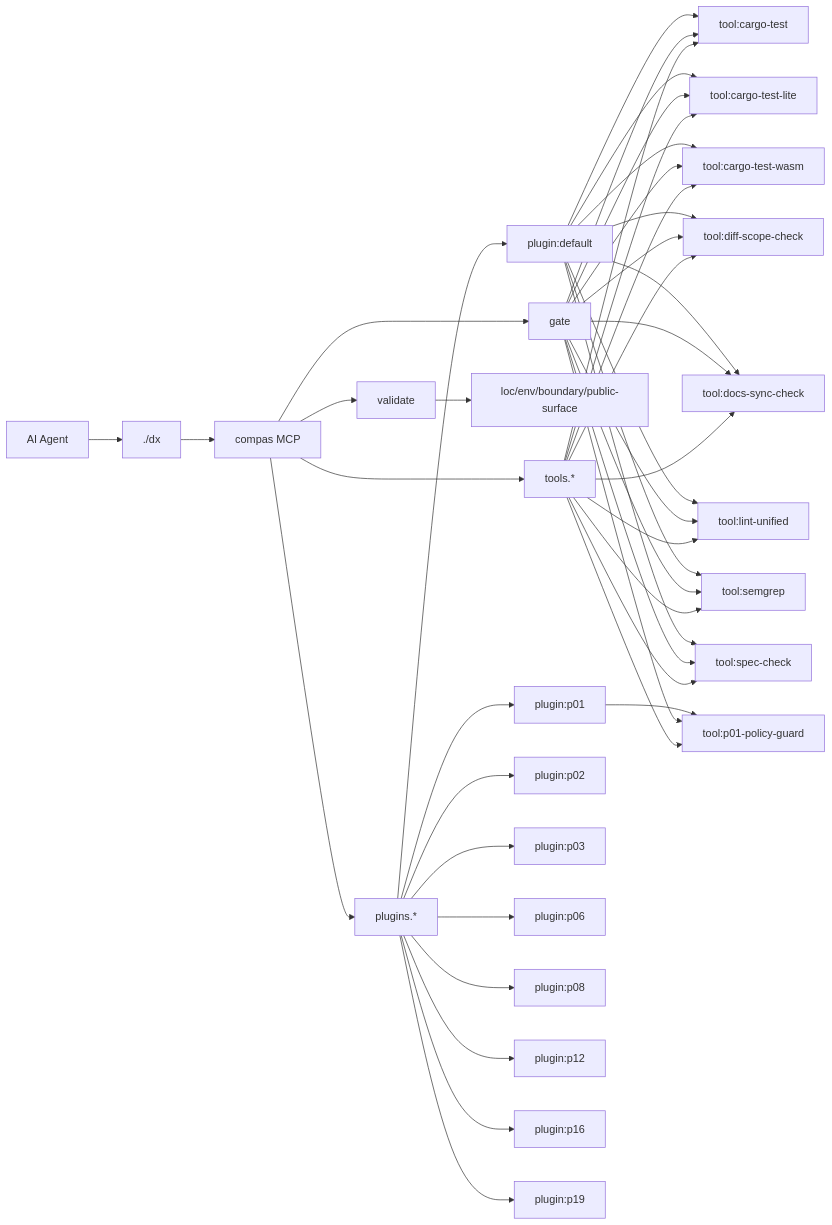
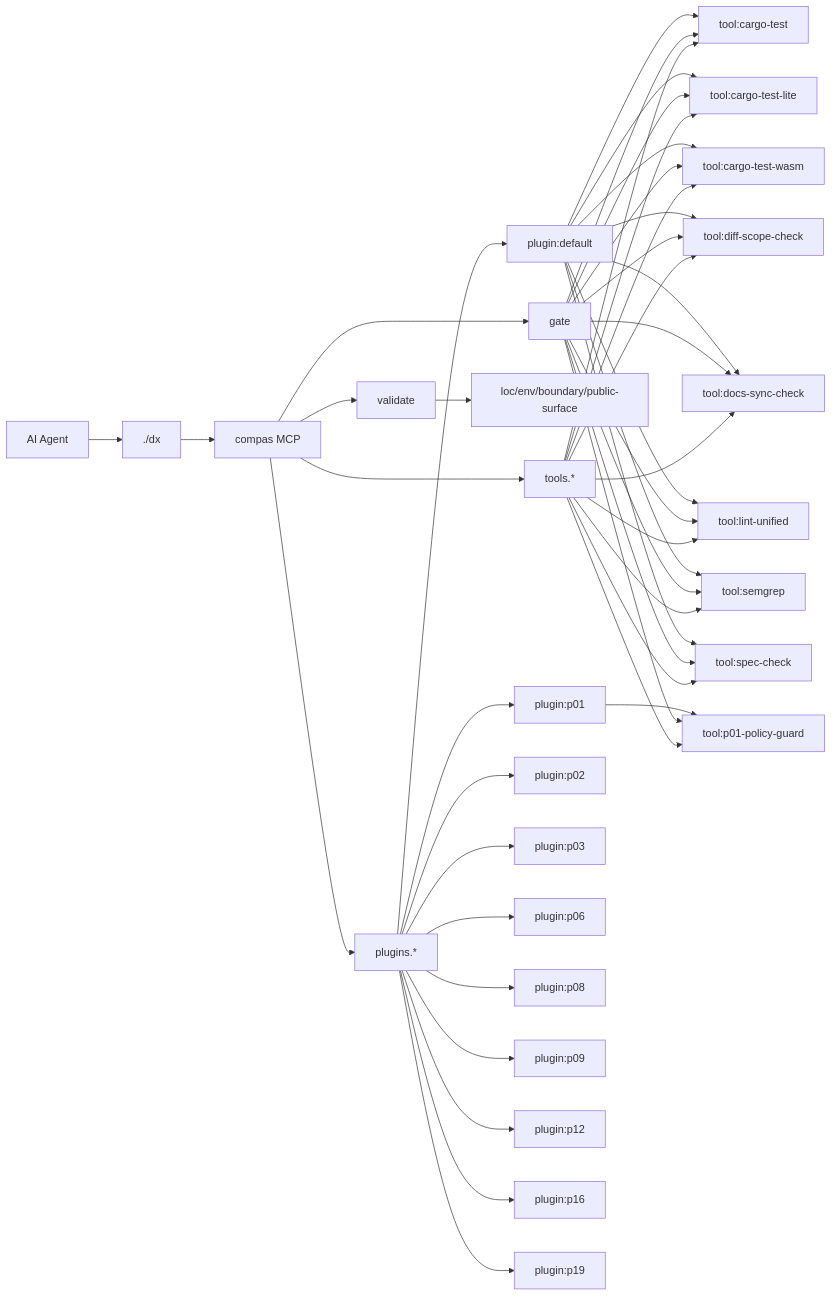
Before and after one commit to AmirTlinov/compas: the diagram in AGENTS.md, drawn with Mermaid. The commit also changed other lines of this file and 3 other files, not shown here.

````diff
--- a/AGENTS.md
+++ b/AGENTS.md
@@ -63,46 +64,47 @@
 ```mermaid
 flowchart LR
   Agent[AI Agent] --> DX[./dx]
   DX --> MCP[compas MCP]
   MCP --> V[validate]
   MCP --> G[gate]
   MCP --> PL[plugins.*]
   MCP --> TL[tools.*]
   V --> C1[loc/env/boundary/public-surface]
   PL --> P_default["plugin:default"]
   P_default --> T_cargo_test["tool:cargo-test"]
   G --> T_cargo_test
   P_default --> T_cargo_test_lite["tool:cargo-test-lite"]
   G --> T_cargo_test_lite
   P_default --> T_cargo_test_wasm["tool:cargo-test-wasm"]
   G --> T_cargo_test_wasm
   P_default --> T_diff_scope_check["tool:diff-scope-check"]
   G --> T_diff_scope_check
   P_default --> T_docs_sync_check["tool:docs-sync-check"]
   G --> T_docs_sync_check
   P_default --> T_lint_unified["tool:lint-unified"]
   G --> T_lint_unified
   P_default --> T_semgrep["tool:semgrep"]
   G --> T_semgrep
   P_default --> T_spec_check["tool:spec-check"]
   G --> T_spec_check
   PL --> P_p01["plugin:p01"]
   P_p01 --> T_p01_policy_guard["tool:p01-policy-guard"]
   G --> T_p01_policy_guard
   PL --> P_p02["plugin:p02"]
   PL --> P_p03["plugin:p03"]
   PL --> P_p06["plugin:p06"]
   PL --> P_p08["plugin:p08"]
+  PL --> P_p09["plugin:p09"]
   PL --> P_p12["plugin:p12"]
   PL --> P_p16["plugin:p16"]
   PL --> P_p19["plugin:p19"]
   TL --> T_cargo_test
   TL --> T_cargo_test_lite
   TL --> T_cargo_test_wasm
   TL --> T_diff_scope_check
   TL --> T_docs_sync_check
   TL --> T_lint_unified
   TL --> T_p01_policy_guard
   TL --> T_semgrep
   TL --> T_spec_check
 ```
````
